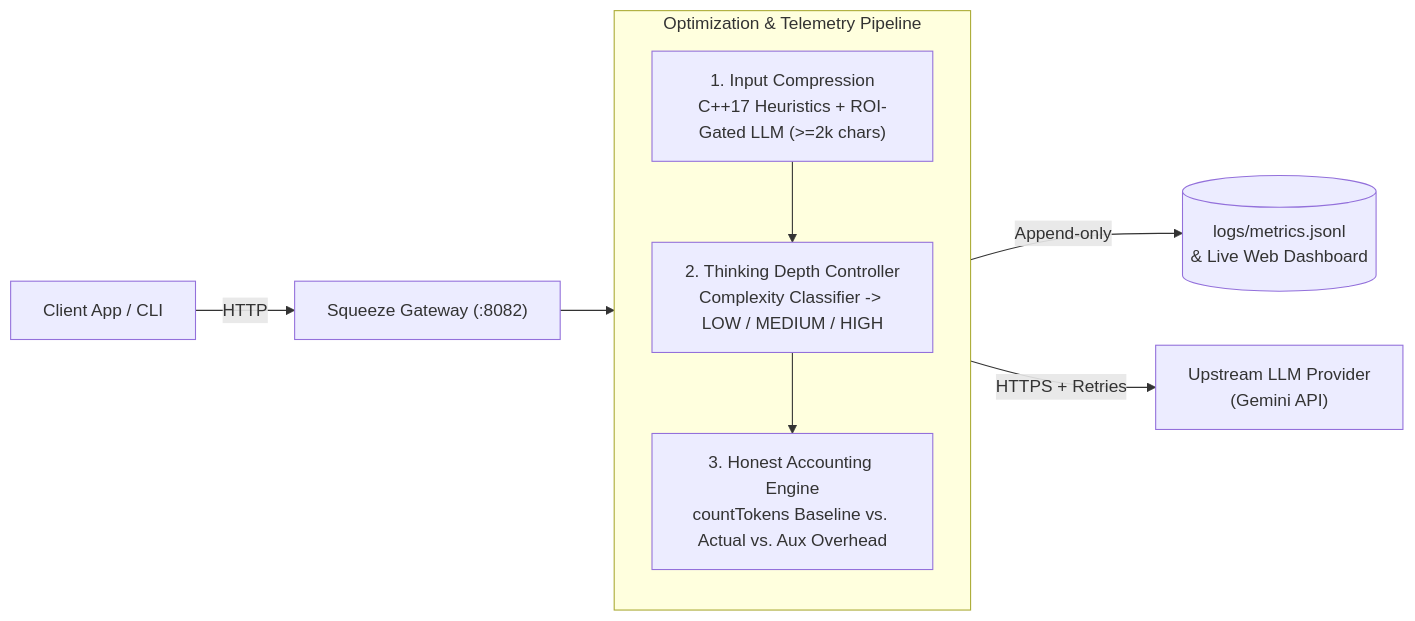
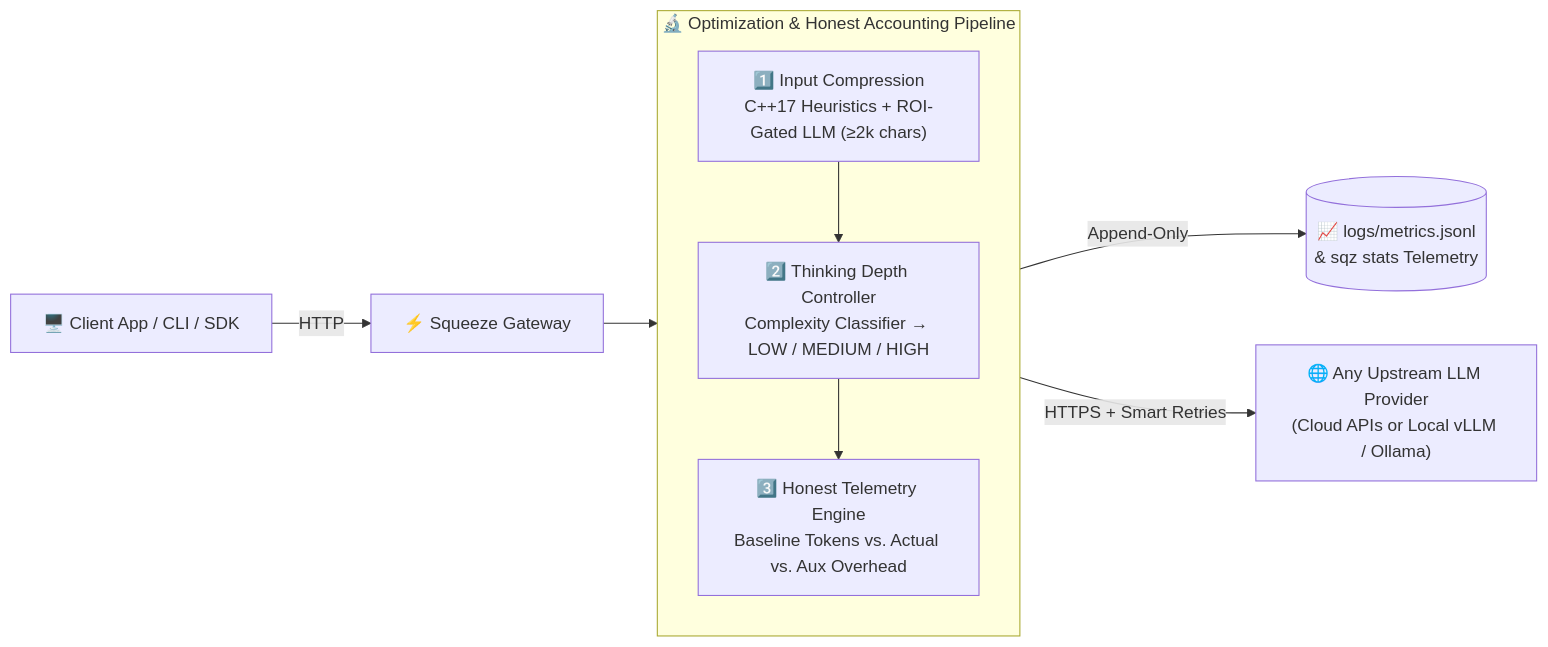
Before and after one commit to coffe-skelet/Sqgateway: the diagram in README.md, drawn with Mermaid. The commit also changed other lines of this file, not shown here.

````diff
--- a/README.md
+++ b/README.md
@@ -93,16 +162,16 @@
 ```mermaid
 flowchart LR
-    Client["Client App / CLI"] -->|HTTP| Proxy["Squeeze Gateway (:8082)"]
-    
-    subgraph Pipeline ["Optimization & Telemetry Pipeline"]
+    Client["🖥️ Client App / CLI / SDK"] -->|HTTP| Proxy["⚡ Squeeze Gateway"]
+
+    subgraph Pipeline ["🔬 Optimization & Honest Accounting Pipeline"]
         direction TB
-        C1["1. Input Compression\nC++17 Heuristics + ROI-Gated LLM (>=2k chars)"]
-        C2["2. Thinking Depth Controller\nComplexity Classifier -> LOW / MEDIUM / HIGH"]
-        C3["3. Honest Accounting Engine\ncountTokens Baseline vs. Actual vs. Aux Overhead"]
+        C1["1️⃣ Input Compression\nC++17 Heuristics + ROI-Gated LLM (≥2k chars)"]
+        C2["2️⃣ Thinking Depth Controller\nComplexity Classifier → LOW / MEDIUM / HIGH"]
+        C3["3️⃣ Honest Telemetry Engine\nBaseline Tokens vs. Actual vs. Aux Overhead"]
         C1 --> C2 --> C3
     end
 
     Proxy --> Pipeline
-    Pipeline -->|HTTPS + Retries| LLM["Upstream LLM Provider\n(Gemini API)"]
-    C3 -->|Append-only| Logs[("logs/metrics.jsonl\n& Live Web Dashboard")]
+    Pipeline -->|HTTPS + Smart Retries| LLM["🌐 Any Upstream LLM Provider\n(Cloud APIs or Local vLLM / Ollama)"]
+    C3 -->|Append-Only| Logs[("📈 logs/metrics.jsonl\n& sqz stats Telemetry")]
 ```
````
